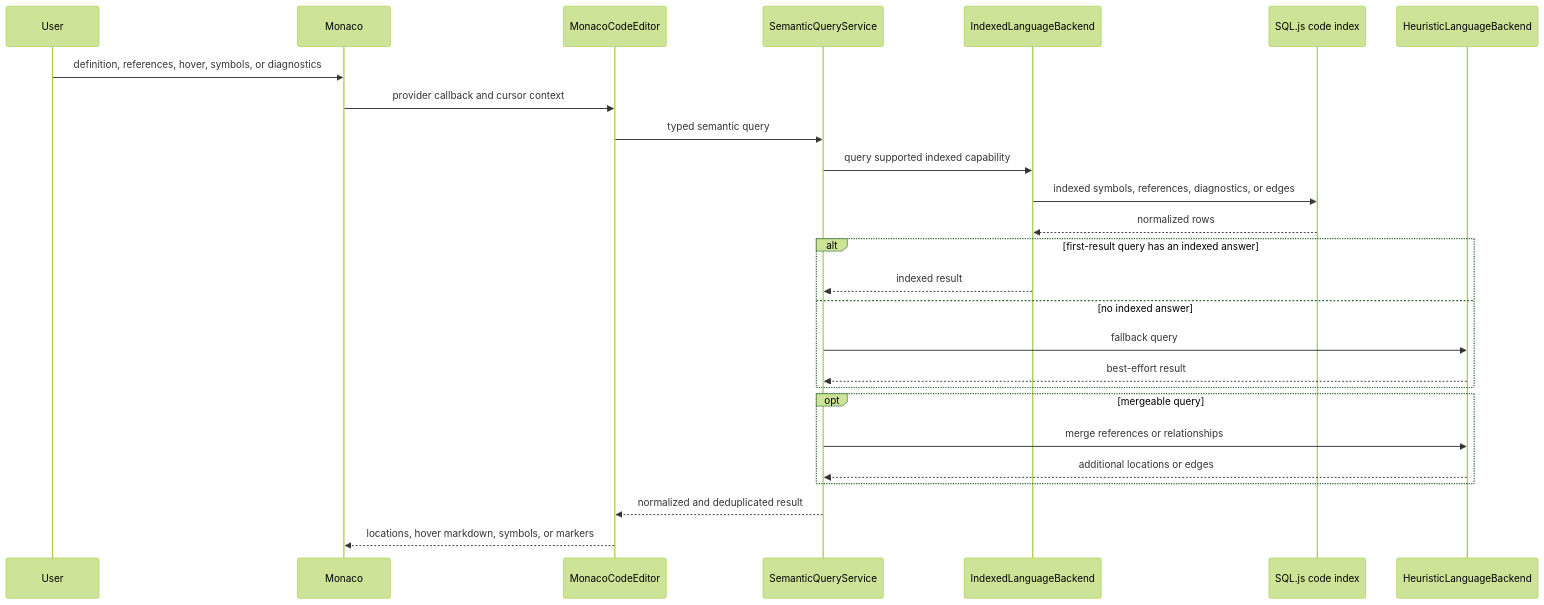
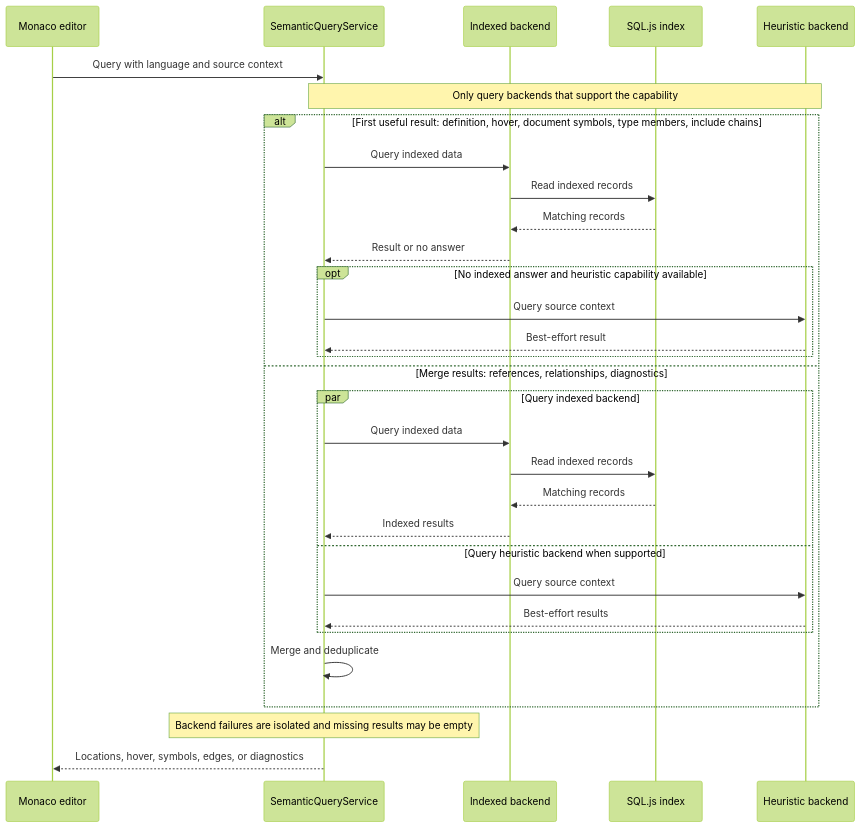
Before and after one commit to zqf20096327/ai_collect: the third of 3 diagrams in data/readmes/pkill37__gitshaman.com.md, drawn with Mermaid (forest theme). The commit also changed other lines of this file and 1899 other files, not shown here.

````diff
--- a/data/readmes/pkill37__gitshaman.com.md
+++ b/data/readmes/pkill37__gitshaman.com.md
@@ -148,29 +364,34 @@
 ```mermaid
 sequenceDiagram
-  participant User
-  participant Monaco
-  participant Editor as MonacoCodeEditor
+  participant Editor as Monaco editor
   participant Service as SemanticQueryService
-  participant Indexed as IndexedLanguageBackend
-  participant SQLite as SQL.js code index
-  participant Heuristic as HeuristicLanguageBackend
+  participant Indexed as Indexed backend
+  participant SQLite as SQL.js index
+  participant Heuristic as Heuristic backend
 
-  User->>Monaco: definition, references, hover, symbols, or diagnostics
-  Monaco->>Editor: provider callback and cursor context
-  Editor->>Service: typed semantic query
-  Service->>Indexed: query supported indexed capability
-  Indexed->>SQLite: indexed symbols, references, diagnostics, or edges
-  SQLite-->>Indexed: normalized rows
-  alt first-result query has an indexed answer
-    Indexed-->>Service: indexed result
-  else no indexed answer
-    Service->>Heuristic: fallback query
-    Heuristic-->>Service: best-effort result
+  Editor->>Service: Query with language and source context
+  Note over Service,Heuristic: Only query backends that support the capability
+  alt First useful result: definition, hover, document symbols, type members, include chains
+    Service->>Indexed: Query indexed data
+    Indexed->>SQLite: Read indexed records
+    SQLite-->>Indexed: Matching records
+    Indexed-->>Service: Result or no answer
+    opt No indexed answer and heuristic capability available
+      Service->>Heuristic: Query source context
+      Heuristic-->>Service: Best-effort result
+    end
+  else Merge results: references, relationships, diagnostics
+    par Query indexed backend
+      Service->>Indexed: Query indexed data
+      Indexed->>SQLite: Read indexed records
+      SQLite-->>Indexed: Matching records
+      Indexed-->>Service: Indexed results
+    and Query heuristic backend when supported
+      Service->>Heuristic: Query source context
+      Heuristic-->>Service: Best-effort results
+    end
+    Service->>Service: Merge and deduplicate
   end
-  opt mergeable query
-    Service->>Heuristic: merge references or relationships
-    Heuristic-->>Service: additional locations or edges
-  end
-  Service-->>Editor: normalized and deduplicated result
-  Editor-->>Monaco: locations, hover markdown, symbols, or markers
+  Note over Service: Backend failures are isolated and missing results may be empty
+  Service-->>Editor: Locations, hover, symbols, edges, or diagnostics
 ```
````
